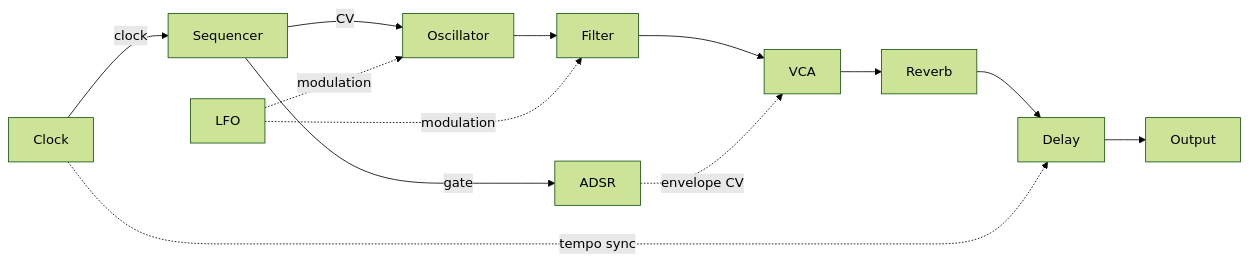
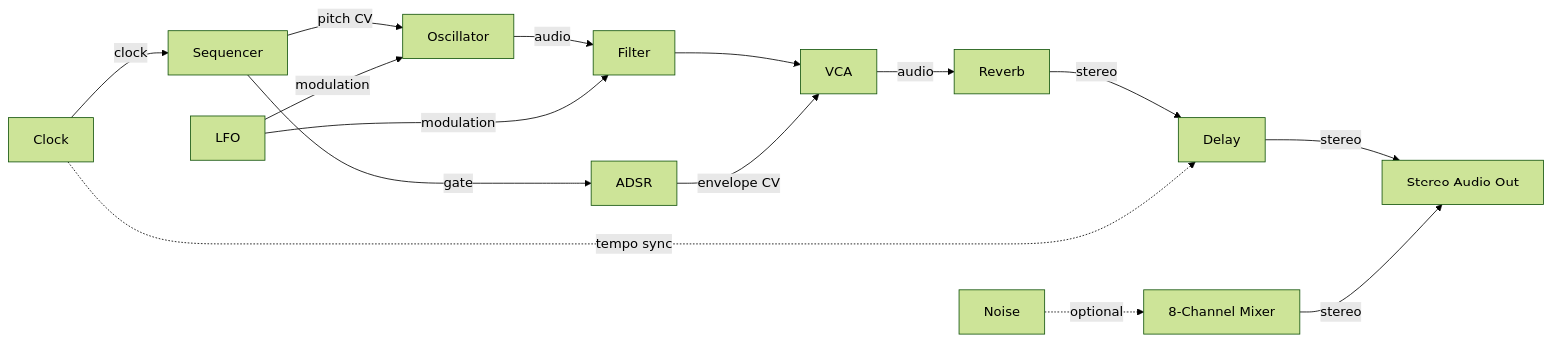
Before and after one commit to ritaamaralsilva/playground: the diagram in README.md, drawn with Mermaid (forest theme). The commit also changed other lines of this file, not shown here.

````diff
--- a/README.md
+++ b/README.md
@@ -61,15 +78,17 @@
 ```mermaid
 flowchart LR
   Clock -- clock --> Sequencer
-  Sequencer -- CV --> Oscillator
-  Oscillator --> Filter
+  Sequencer -- pitch CV --> Oscillator
+  Oscillator -- audio --> Filter
   Filter --> VCA
   Sequencer -- gate --> ADSR
-  ADSR -. envelope CV .-> VCA
-  LFO -. modulation .-> Filter
-  LFO -. modulation .-> Oscillator
-  VCA --> Reverb
-  Reverb --> Delay
-  Delay --> Output
+  ADSR -- envelope CV --> VCA
+  LFO -- modulation --> Filter
+  LFO -- modulation --> Oscillator
+  VCA -- audio --> Reverb
+  Reverb -- stereo --> Delay
+  Delay -- stereo --> AudioOut["Stereo Audio Out"]
   Clock -. tempo sync .-> Delay
+  Noise -. optional .-> ChannelMixer["8-Channel Mixer"]
+  ChannelMixer -- stereo --> AudioOut
 ```
````
